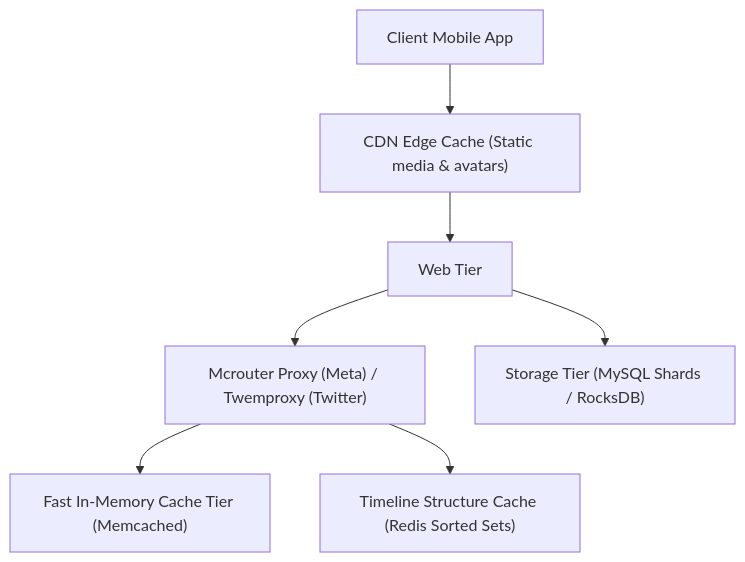
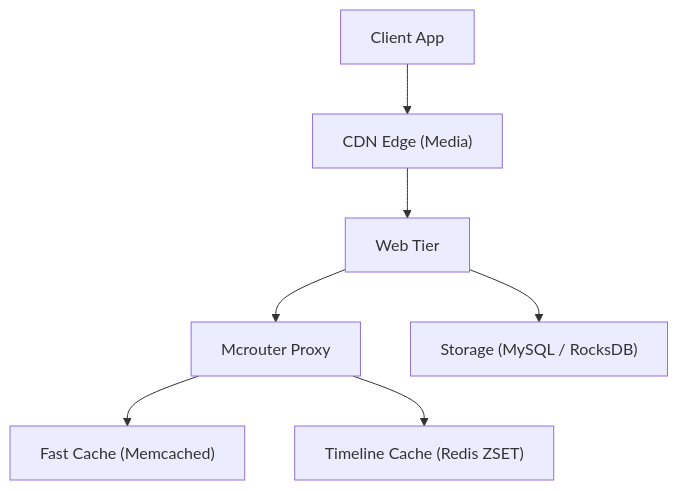
Before and after one commit to Sourav108/strivers-lld: the diagram in strivers-hld/05-Caching/case-study.md, drawn with Mermaid. The commit also changed 39 other files, not shown here.

Commit message:
fix(mermaid): wrap node labels, simplify diamonds, and reformat wide diagrams for perfect GitHub rendering

````diff
--- a/strivers-hld/05-Caching/case-study.md
+++ b/strivers-hld/05-Caching/case-study.md
@@ -7,9 +7,9 @@
 ```mermaid
 flowchart TD
-    Client["Client Mobile App"] --> CDN["CDN Edge Cache (Static media & avatars)"]
+    Client["Client App"] --> CDN["CDN Edge (Media)"]
     CDN --> Web["Web Tier"]
-    Web --> Mcrouter["Mcrouter Proxy (Meta) / Twemproxy (Twitter)"]
-    Mcrouter --> CachePoolA["Fast In-Memory Cache Tier (Memcached)"]
-    Mcrouter --> CachePoolB["Timeline Structure Cache (Redis Sorted Sets)"]
-    Web --> DB["Storage Tier (MySQL Shards / RocksDB)"]
+    Web --> Mcrouter["Mcrouter Proxy"]
+    Mcrouter --> CachePoolA["Fast Cache (Memcached)"]
+    Mcrouter --> CachePoolB["Timeline Cache (Redis ZSET)"]
+    Web --> DB["Storage (MySQL / RocksDB)"]
 ```
````
